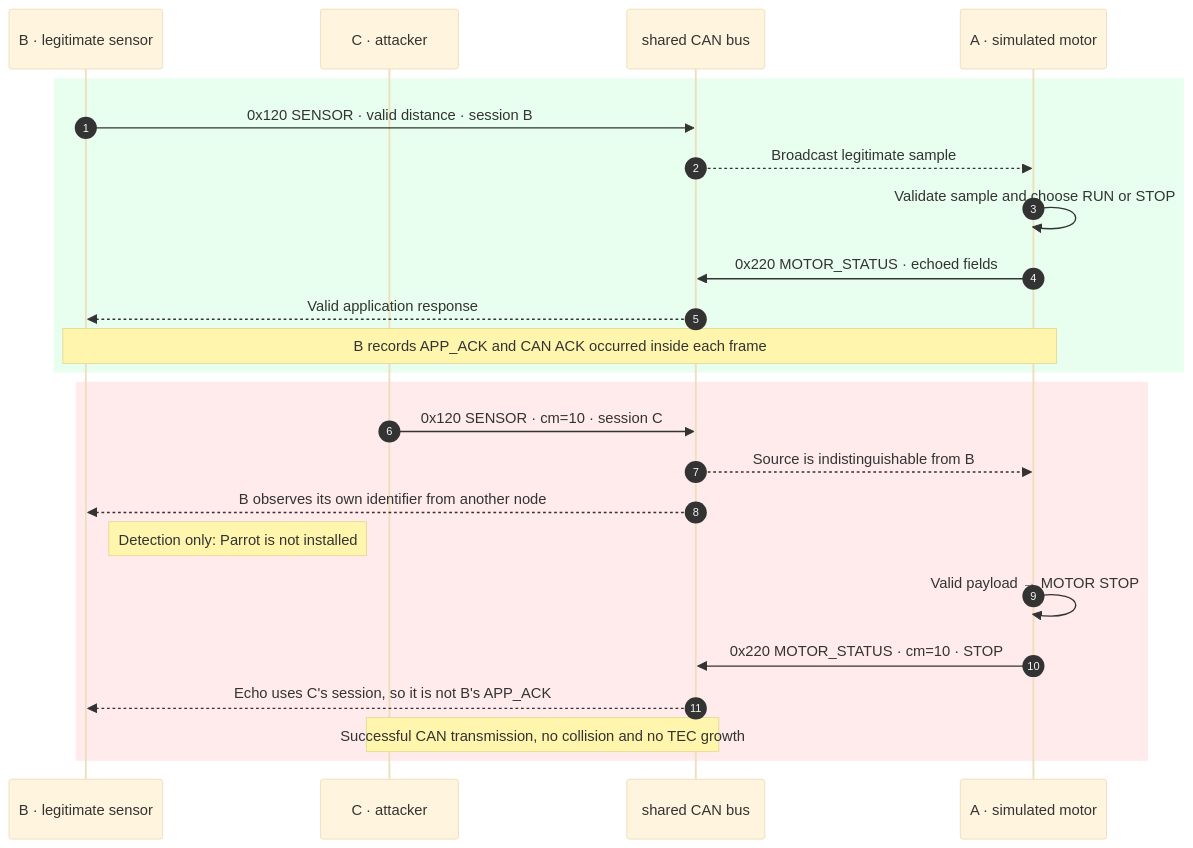
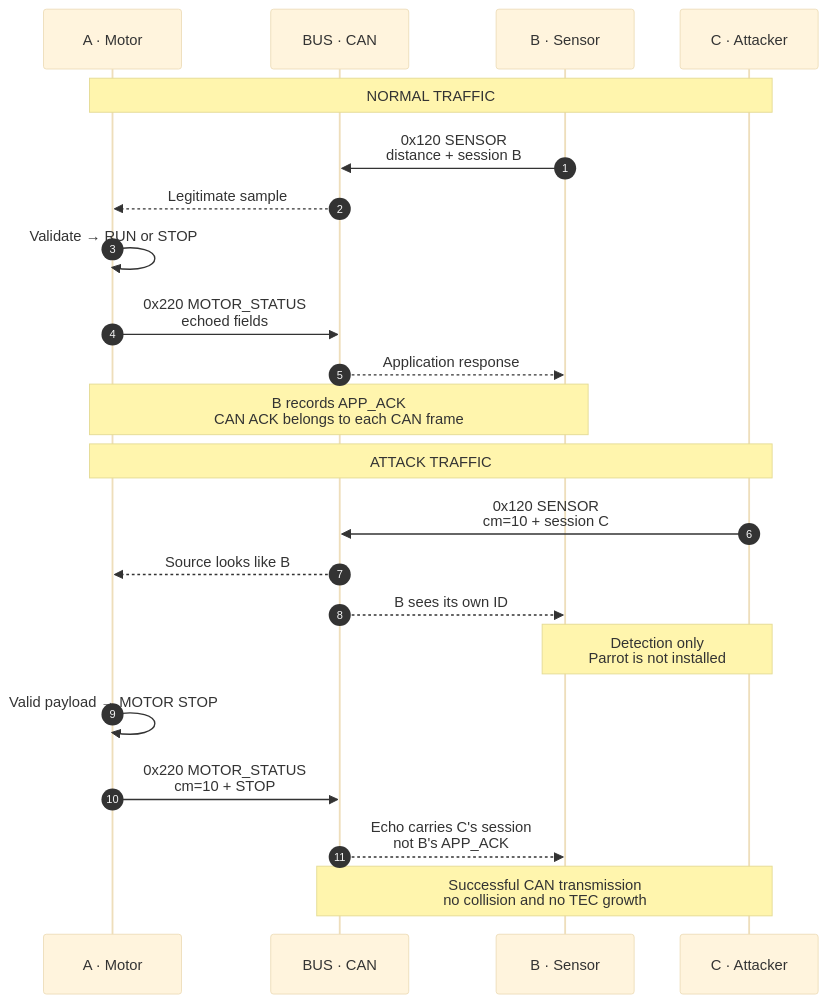
One commit to sadrobot69/Paper-Perishes-Parrot changed the second of 6 diagrams in README.md. Above: the diagram before and after it, drawn with Mermaid (base theme). The commit also changed other lines of this file, not shown here.

Commit message:
Cambio de color en los diagramas

````diff
--- a/README.md
+++ b/README.md
@@ -123,28 +114,26 @@
 ```mermaid
 sequenceDiagram
     autonumber
-    participant B as B · legitimate sensor
-    participant C as C · attacker
-    participant CAN as shared CAN bus
-    participant A as A · simulated motor
+    participant A as A · Motor
+    participant BUS as BUS · CAN
+    participant B as B · Sensor
+    participant C as C · Attacker
 
-    rect rgb(232, 255, 239)
-        B->>CAN: 0x120 SENSOR · valid distance · session B
-        CAN-->>A: Broadcast legitimate sample
-        A->>A: Validate sample and choose RUN or STOP
-        A->>CAN: 0x220 MOTOR_STATUS · echoed fields
-        CAN-->>B: Valid application response
-        Note over B,A: B records APP_ACK and CAN ACK occurred inside each frame
-    end
+    Note over A,C: NORMAL TRAFFIC
+    B->>BUS: 0x120 SENSOR<br/>distance + session B
+    BUS-->>A: Legitimate sample
+    A->>A: Validate → RUN or STOP
+    A->>BUS: 0x220 MOTOR_STATUS<br/>echoed fields
+    BUS-->>B: Application response
+    Note over A,B: B records APP_ACK<br/>CAN ACK belongs to each CAN frame
 
-    rect rgb(255, 235, 235)
-        C->>CAN: 0x120 SENSOR · cm=10 · session C
-        CAN-->>A: Source is indistinguishable from B
-        CAN-->>B: B observes its own identifier from another node
-        Note right of B: Detection only: Parrot is not installed
-        A->>A: Valid payload → MOTOR STOP
-        A->>CAN: 0x220 MOTOR_STATUS · cm=10 · STOP
-        CAN-->>B: Echo uses C's session, so it is not B's APP_ACK
-        Note over C,CAN: Successful CAN transmission, no collision and no TEC growth
-    end
+    Note over A,C: ATTACK TRAFFIC
+    C->>BUS: 0x120 SENSOR<br/>cm=10 + session C
+    BUS-->>A: Source looks like B
+    BUS-->>B: B sees its own ID
+    Note over B,C: Detection only<br/>Parrot is not installed
+    A->>A: Valid payload → MOTOR STOP
+    A->>BUS: 0x220 MOTOR_STATUS<br/>cm=10 + STOP
+    BUS-->>B: Echo carries C's session<br/>not B's APP_ACK
+    Note over BUS,C: Successful CAN transmission<br/>no collision and no TEC growth
 ```
````
